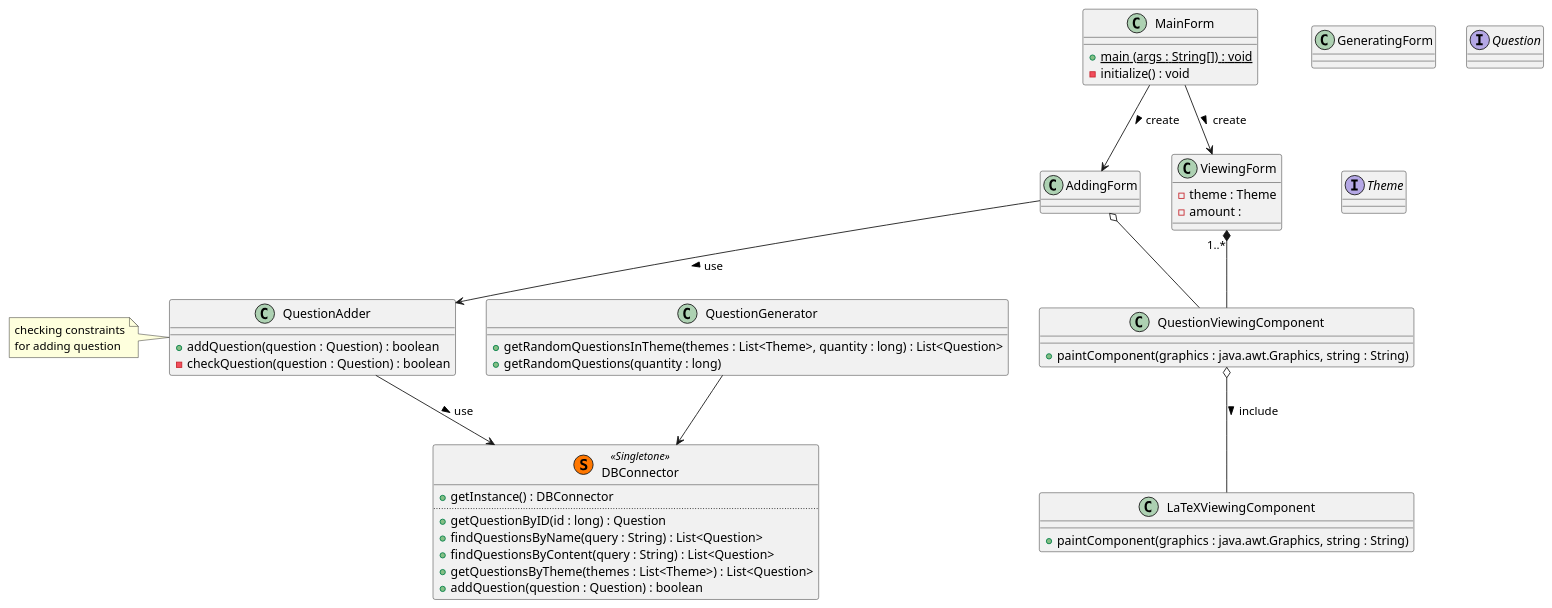
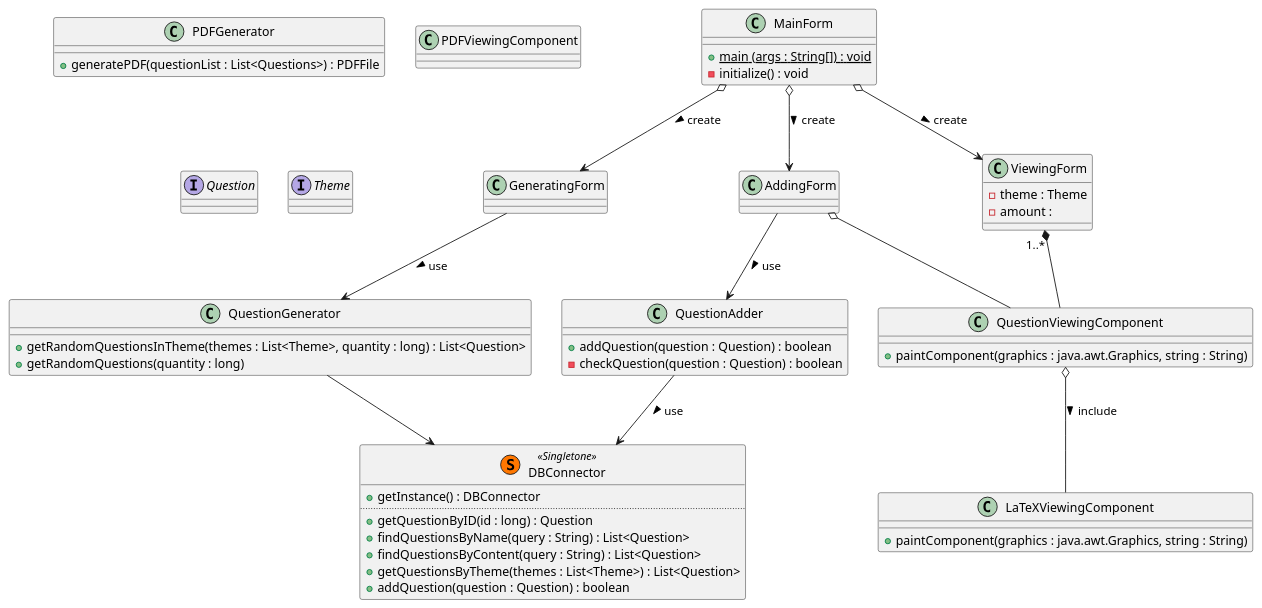
The diagram in diags/wholeClassDiagram.puml (earring/testgenerator), drawn with PlantUML before and after one commit.

Commit message:
продолжение реализации архитектуры

```diff
--- a/diags/wholeClassDiagram.puml
+++ b/diags/wholeClassDiagram.puml
@@ -2,70 +2,77 @@
 @startuml
 class DBConnector <<(S,#FF7700) Singletone>> {
     +getInstance() : DBConnector
     ..
     +getQuestionByID(id : long) : Question
     +findQuestionsByName(query : String) : List<Question>
     +findQuestionsByContent(query : String) : List<Question>
     +getQuestionsByTheme(themes : List<Theme>) : List<Question>
     +addQuestion(question : Question) : boolean
 }
 
 class QuestionGenerator {
     +getRandomQuestionsInTheme(themes : List<Theme>, quantity : long) : List<Question>
     +getRandomQuestions(quantity : long)
 }
 
 class MainForm {
     +main {static} (args : String[]) : void
     -initialize() : void
 }
 
 class AddingForm {
 
 }
 
 class ViewingForm {
     -theme : Theme
     -amount :
 }
 
 class GeneratingForm {
 
 }
 
 class QuestionAdder {
     +addQuestion(question : Question) : boolean
     -checkQuestion(question : Question) : boolean
 }
-note left
-    checking constraints
-    for adding question
-end note
 
 class LaTeXViewingComponent {
     +paintComponent(graphics : java.awt.Graphics, string : String)
 }
 
 class QuestionViewingComponent {
     +paintComponent(graphics : java.awt.Graphics, string : String)
 }
 
+class PDFGenerator {
+    +generatePDF(questionList : List<Questions>) : PDFFile
+}
+
+class PDFViewingComponent {
+
+}
+
 QuestionGenerator --> DBConnector
 
-MainForm  --> AddingForm : create >
+MainForm  o--> AddingForm : create >
 AddingForm --> QuestionAdder : use >
 QuestionAdder --> DBConnector : use >
 
 AddingForm o-- QuestionViewingComponent
 QuestionViewingComponent o-- LaTeXViewingComponent : include >
 
-MainForm --> ViewingForm : create >
+MainForm o--> ViewingForm : create >
 ViewingForm "1..*" *-- QuestionViewingComponent
+
+MainForm o--> GeneratingForm : create >
+GeneratingForm --> QuestionGenerator : use >
 
 interface Question {
 
 }
 interface Theme {
 
 }
 @enduml
```
